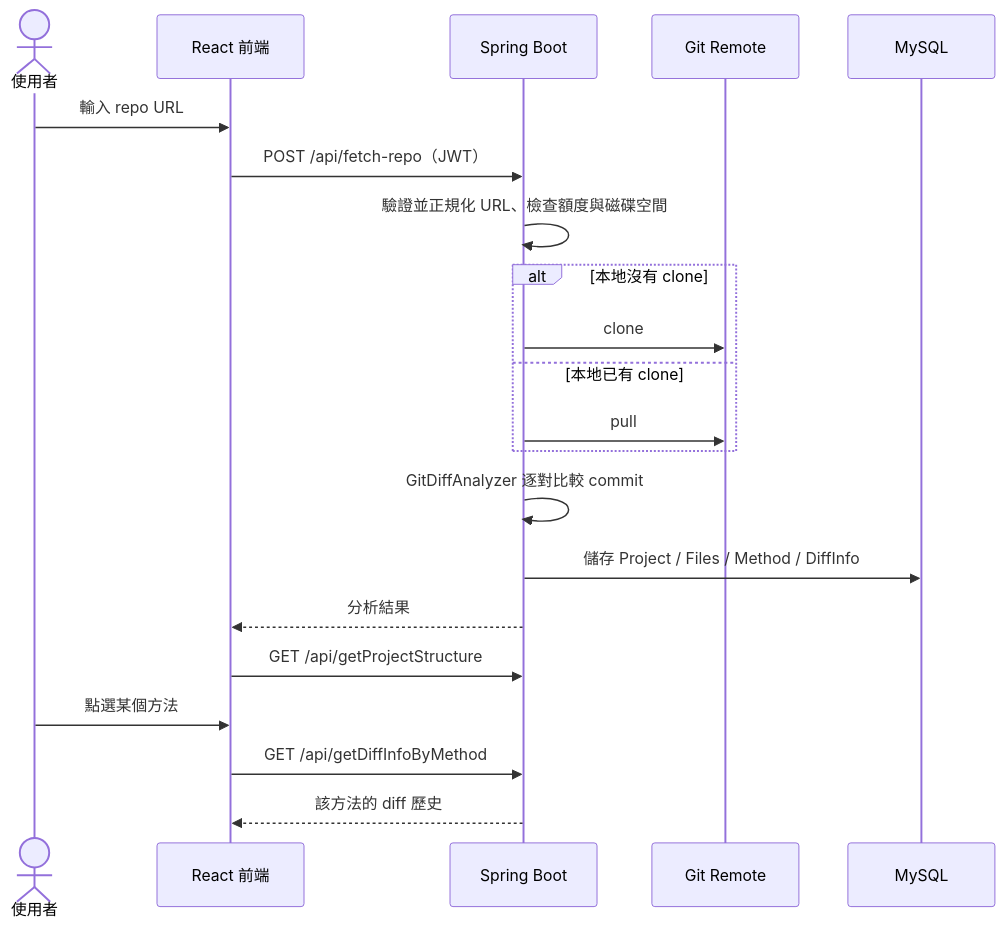
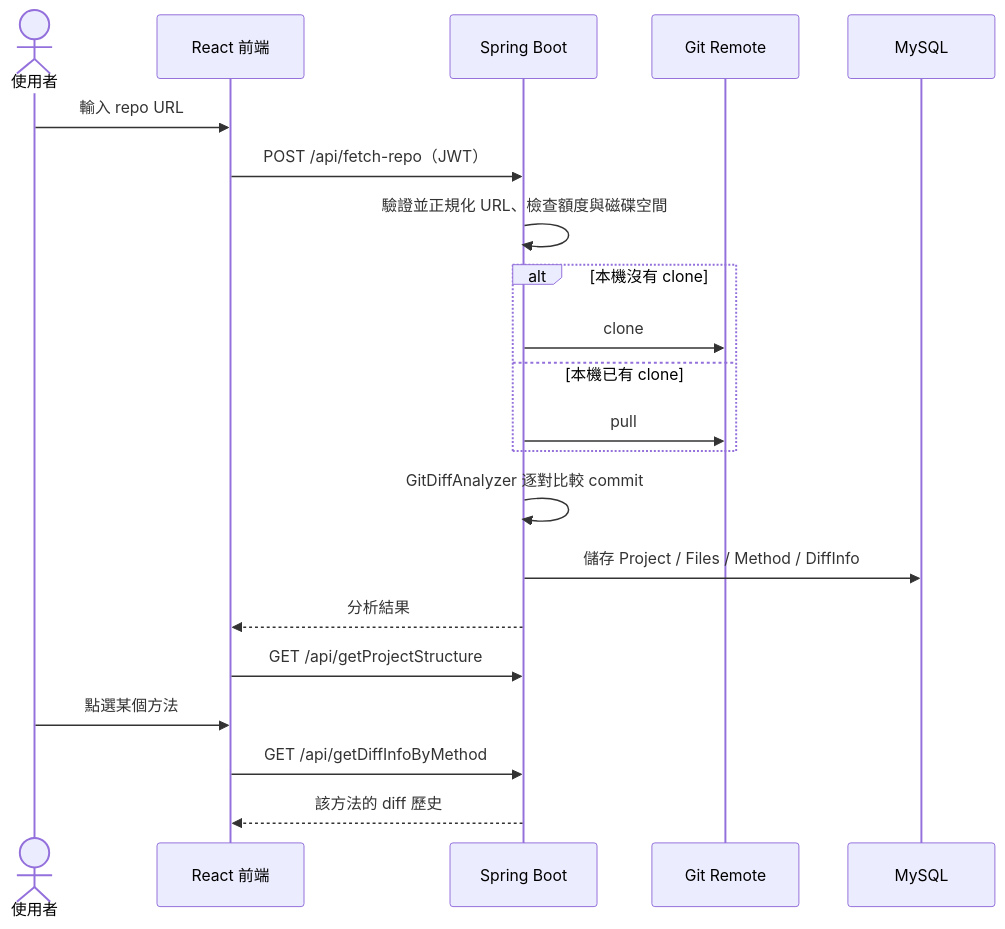
The third of 7 diagrams in docs/README.md (ruserxd/CodeManageSystem_ForNSTCproject), drawn with Mermaid before and after one commit. The commit also changed other lines of this file, not shown here.

````diff
--- a/docs/README.md
+++ b/docs/README.md
@@ -162,24 +162,24 @@
 ```mermaid
 sequenceDiagram
     actor User as 使用者
     participant FE as React 前端
     participant BE as Spring Boot
     participant Git as Git Remote
     participant DB as MySQL
 
     User->>FE: 輸入 repo URL
     FE->>BE: POST /api/fetch-repo（JWT）
     BE->>BE: 驗證並正規化 URL、檢查額度與磁碟空間
-    alt 本地沒有 clone
+    alt 本機沒有 clone
         BE->>Git: clone
-    else 本地已有 clone
+    else 本機已有 clone
         BE->>Git: pull
     end
     BE->>BE: GitDiffAnalyzer 逐對比較 commit
     BE->>DB: 儲存 Project / Files / Method / DiffInfo
     BE-->>FE: 分析結果
     FE->>BE: GET /api/getProjectStructure
     User->>FE: 點選某個方法
     FE->>BE: GET /api/getDiffInfoByMethod
     BE-->>FE: 該方法的 diff 歷史
 ```
````
